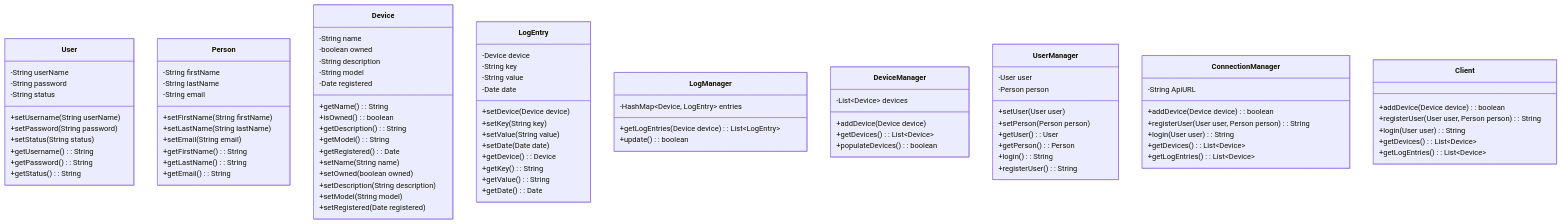
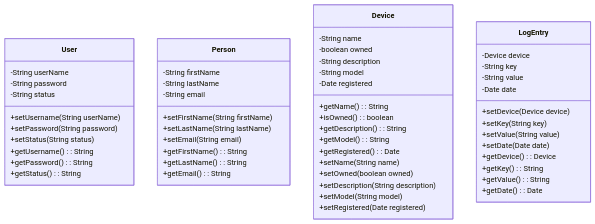
The first of 3 diagrams in uml.md (0x6A4B/OTP1), drawn with Mermaid before and after one commit. The commit also changed 1 other file, not shown here.

Commit message:
uml changes started, jenkins install doc

````diff
--- a/uml.md
+++ b/uml.md
@@ -67,58 +70,4 @@
         +getValue() : String
         +getDate() : Date
     }
-
-    class LogManager{
-        -HashMap~Device, LogEntry~ entries
-
-        +getLogEntries(Device device) : List~LogEntry~
-        +update() : boolean
-    }
-
-    class DeviceManager{
-        -List~Device~ devices
-
-        +addDevice(Device device)
-        
-        +getDevices() : List~Device~
-        +populateDevices() : boolean
-    }
-
-    class UserManager{
-        -User user
-        -Person person
-
-        +setUser(User user)
-        +setPerson(Person person)
-        
-        +getUser() : User
-        +getPerson() : Person
-
-        +login() : String
-        +registerUser() : String
-
-
-    }
-
-    class ConnectionManager{
-        -String ApiURL
-
-        +addDevice(Device device) : boolean
-        +registerUser(User user, Person person) : String
-        +login(User user) : String
-
-        +getDevices() : List~Device~
-        +getLogEntries() : List~Device~
-    }
-
-    class Client{
-        +addDevice(Device device) : boolean
-        +registerUser(User user, Person person) : String
-        +login(User user) : String
-
-        +getDevices() : List~Device~
-        +getLogEntries() : List~Device~
-    }
-    
-
 ```
````
